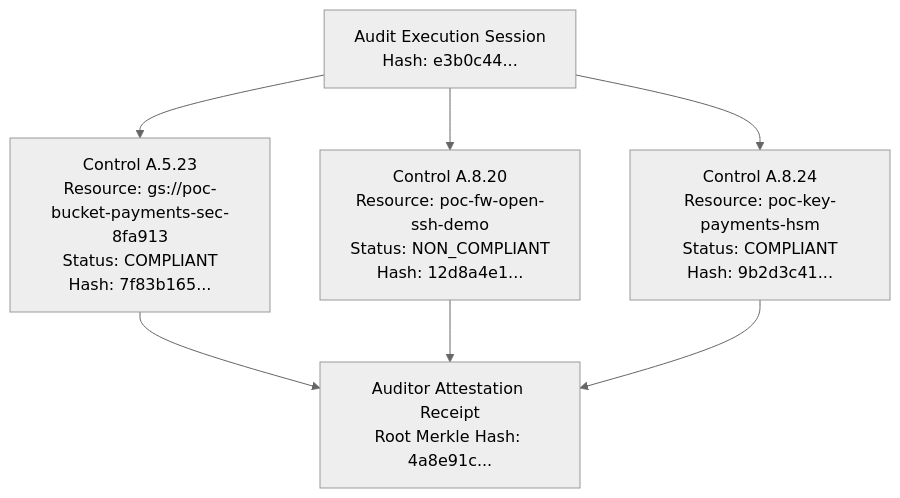
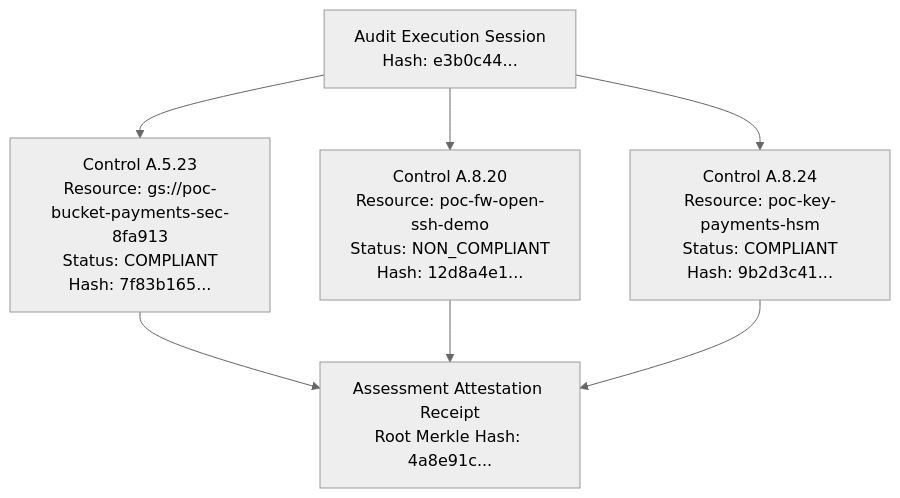
Before and after one commit to g-jsaccomani/agentic_grc_certifications: the third of 3 diagrams in documentation/poc/POC_DOCUMENT.md, drawn with Mermaid (neutral theme). The commit also changed other lines of this file and 7 other files, not shown here.

````diff
--- a/documentation/poc/POC_DOCUMENT.md
+++ b/documentation/poc/POC_DOCUMENT.md
@@ -323,17 +323,17 @@
 ```mermaid
 graph TD
     Root["Audit Execution Session\nHash: e3b0c44..."]
     
     Node1["Control A.5.23\nResource: gs://poc-bucket-payments-sec-8fa913\nStatus: COMPLIANT\nHash: 7f83b165..."]
     Node2["Control A.8.20\nResource: poc-fw-open-ssh-demo\nStatus: NON_COMPLIANT\nHash: 12d8a4e1..."]
     Node3["Control A.8.24\nResource: poc-key-payments-hsm\nStatus: COMPLIANT\nHash: 9b2d3c41..."]
     
     Root --> Node1
     Root --> Node2
     Root --> Node3
     
-    Attestation["Auditor Attestation Receipt\nRoot Merkle Hash: 4a8e91c..."]
+    Attestation["Assessment Attestation Receipt\nRoot Merkle Hash: 4a8e91c..."]
     Node1 --> Attestation
     Node2 --> Attestation
     Node3 --> Attestation
 ```
````
